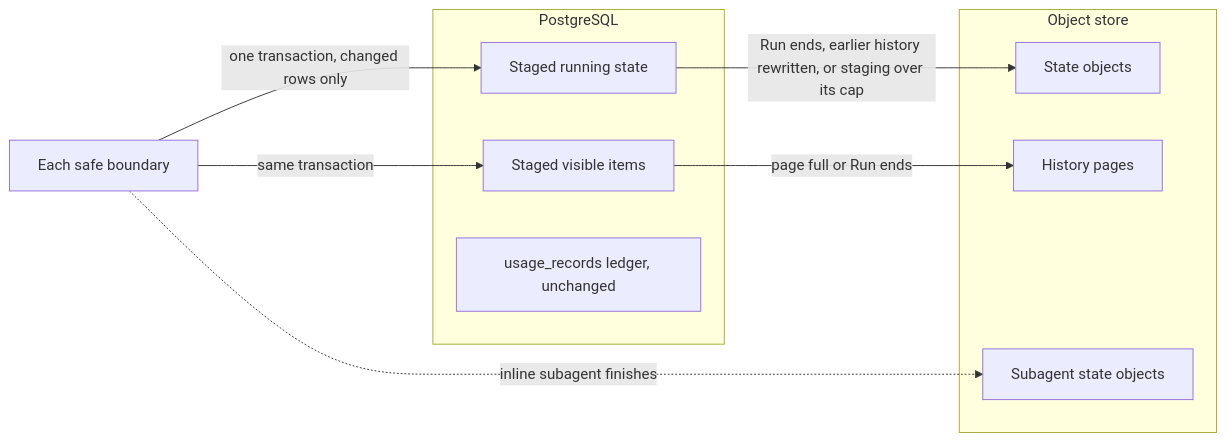
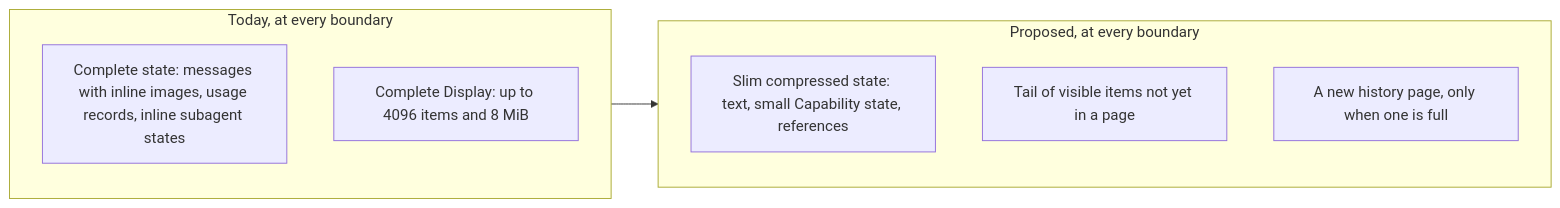
The diagram in spec/a13n-service/journal-proposal/README.md (converge-ai-labs/agent-foundation), drawn with Mermaid before and after one commit. The commit also changed other lines of this file and 5 other files, not shown here.

First line of the commit message:
docs(service): slim complete checkpoints instead of staging run state

````diff
--- a/spec/a13n-service/journal-proposal/README.md
+++ b/spec/a13n-service/journal-proposal/README.md
@@ -21,18 +22,13 @@
 ```mermaid
 flowchart LR
-    B["Each safe boundary"] -->|"one transaction, changed rows only"| SM
-    B -->|"same transaction"| SI
-    subgraph PG["PostgreSQL"]
-        SM["Staged running state"]
-        SI["Staged visible items"]
-        UL["usage_records ledger, unchanged"]
+    subgraph Today["Today, at every boundary"]
+        T1["Complete state: messages with inline images, usage records, inline subagent states"]
+        T2["Complete Display: up to 4096 items and 8 MiB"]
     end
-    subgraph OS["Object store"]
-        ST["State objects"]
-        HP["History pages"]
-        CS["Subagent state objects"]
+    subgraph Proposed["Proposed, at every boundary"]
+        P1["Slim compressed state: text, small Capability state, references"]
+        P2["Tail of visible items not yet in a page"]
+        P3["A new history page, only when one is full"]
     end
-    SM -->|"Run ends, earlier history rewritten, or staging over its cap"| ST
-    SI -->|"page full or Run ends"| HP
-    B -.->|"inline subagent finishes"| CS
+    Today --> Proposed
 ```
````
